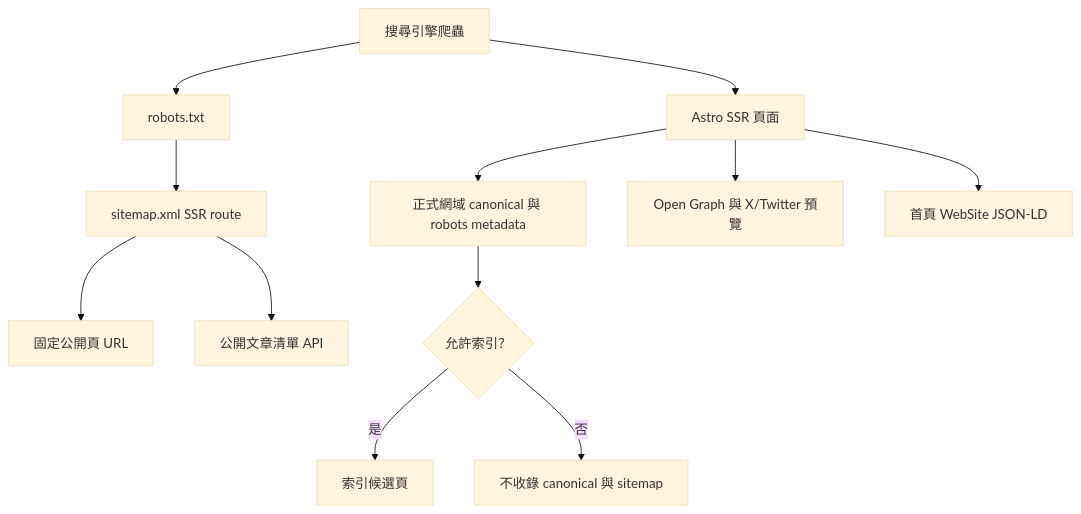
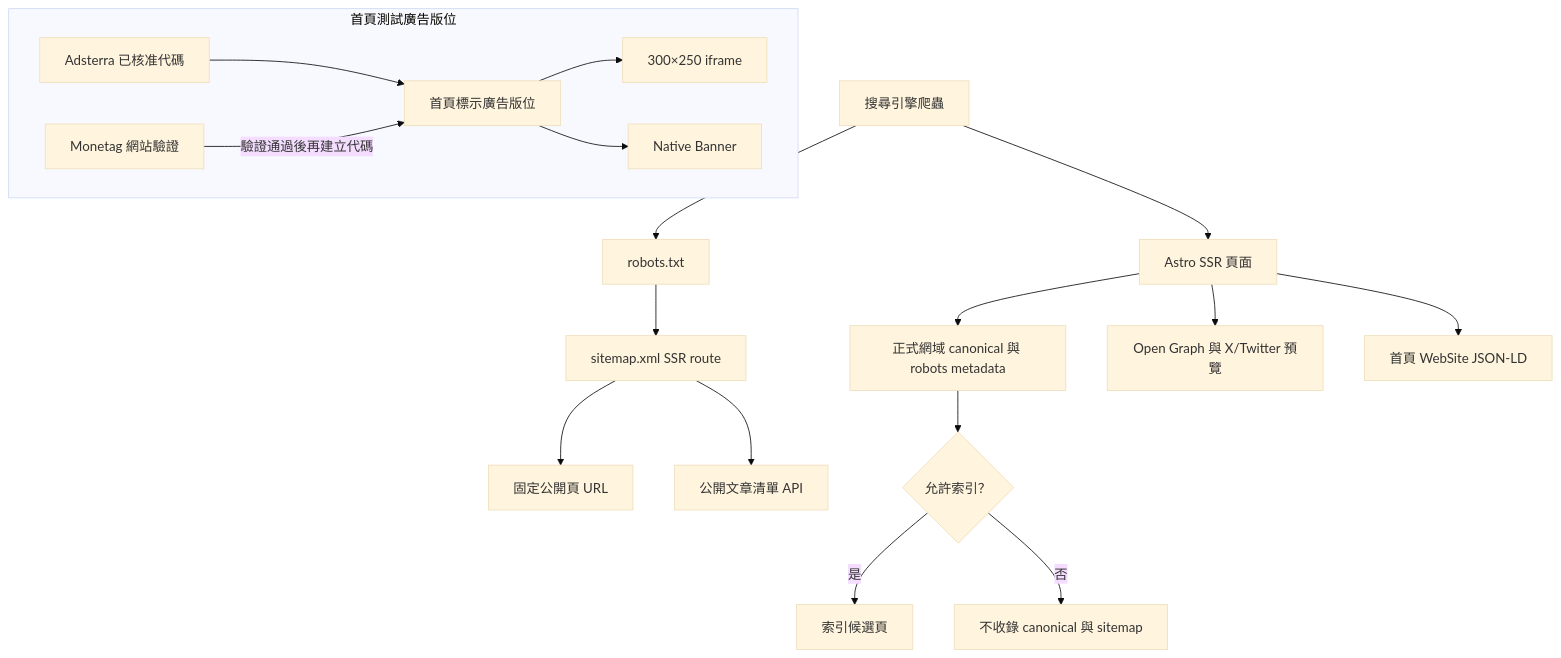
The diagram in docs/SEO.md (Vinskao/ty-multiverse), drawn with Mermaid (base theme) before and after one commit. The commit also changed other lines of this file and 4 other files, not shown here.

````diff
--- a/docs/SEO.md
+++ b/docs/SEO.md
@@ -14,14 +14,25 @@
 ```mermaid
 flowchart TD
   Crawler[搜尋引擎爬蟲] --> Robots[robots.txt]
   Robots --> Sitemap[sitemap.xml SSR route]
   Sitemap --> Core[固定公開頁 URL]
   Sitemap --> Blog[公開文章清單 API]
   Crawler --> Page[Astro SSR 頁面]
   Page --> Metadata[正式網域 canonical 與 robots metadata]
   Page --> Social[Open Graph 與 X/Twitter 預覽]
   Page --> Schema[首頁 WebSite JSON-LD]
   Metadata --> Indexable{允許索引？}
   Indexable -->|是| Search[索引候選頁]
   Indexable -->|否| Excluded[不收錄 canonical 與 sitemap]
+  subgraph Advertising[首頁測試廣告版位]
+    Adsterra[Adsterra 已核准代碼]
+    Slots[首頁標示廣告版位]
+    Display[300×250 iframe]
+    Native[Native Banner]
+    Monetag[Monetag 網站驗證]
+    Adsterra --> Slots
+    Slots --> Display
+    Slots --> Native
+    Monetag -->|驗證通過後再建立代碼| Slots
+  end
 ```
````
